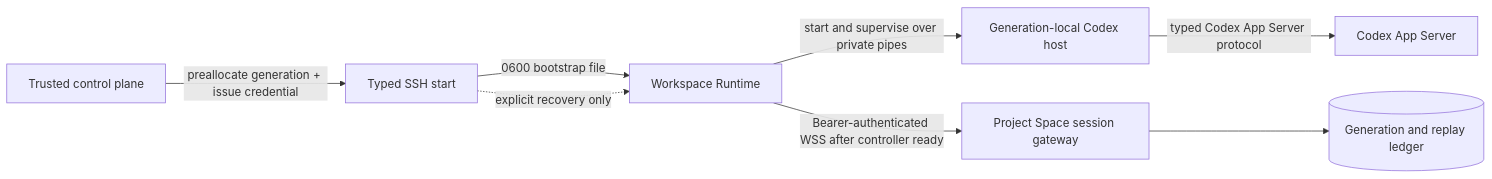
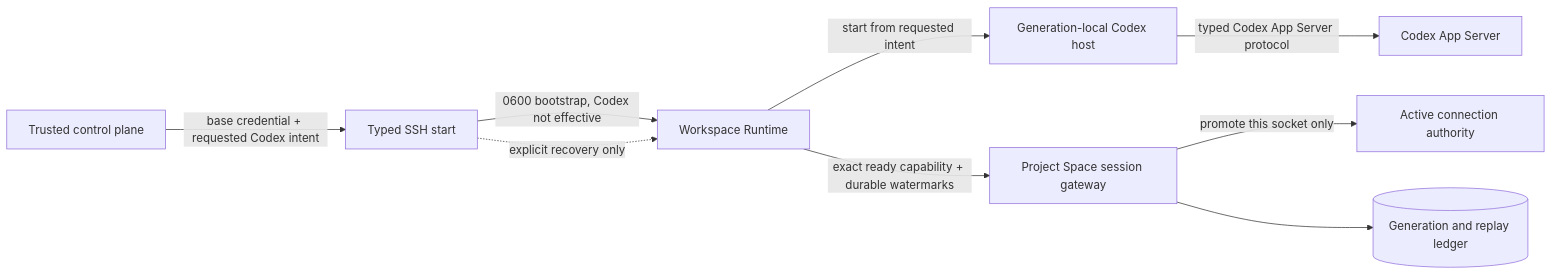
The diagram in docs/workspace-runtime-sessions.md (DotNaos/project-space), drawn with Mermaid before and after one commit. The commit also changed other lines of this file and 29 other files, not shown here.

Commit message:
Enforce two-phase Codex capability promotion

````diff
--- a/docs/workspace-runtime-sessions.md
+++ b/docs/workspace-runtime-sessions.md
@@ -16,10 +19,11 @@
 ```mermaid
 flowchart LR
-  CP[Trusted control plane] -->|preallocate generation + issue credential| SSH[Typed SSH start]
-  SSH -->|0600 bootstrap file| RT[Workspace Runtime]
-  RT -->|start and supervise over private pipes| CH[Generation-local Codex host]
+  CP[Trusted control plane] -->|base credential + requested Codex intent| SSH[Typed SSH start]
+  SSH -->|0600 bootstrap, Codex not effective| RT[Workspace Runtime]
+  RT -->|start from requested intent| CH[Generation-local Codex host]
   CH -->|typed Codex App Server protocol| CA[Codex App Server]
-  RT -->|Bearer-authenticated WSS after controller ready| WS[Project Space session gateway]
+  RT -->|exact ready capability + durable watermarks| WS[Project Space session gateway]
+  WS -->|promote this socket only| AC[Active connection authority]
   WS --> DB[(Generation and replay ledger)]
   SSH -. explicit recovery only .-> RT
 ```
````
